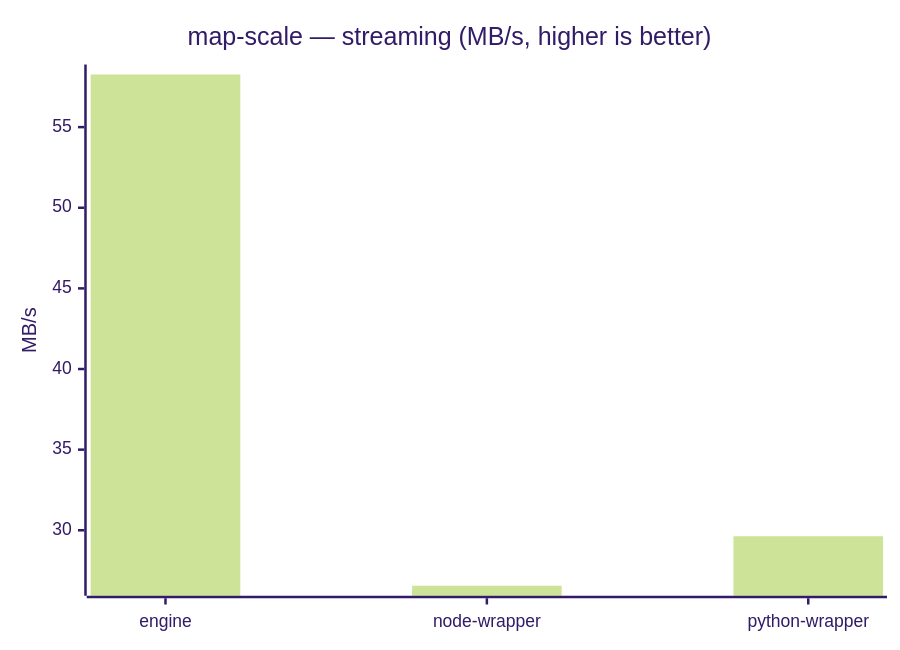
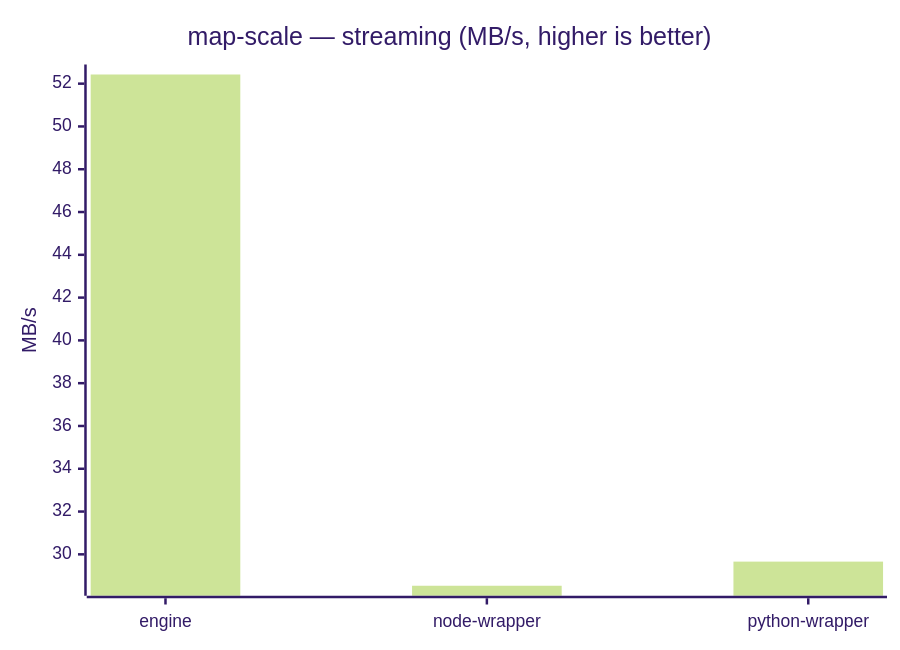
The eighth of 23 diagrams in benchmarks/report/RESULTS.md (mulesoft/data-weave-cli), drawn with Mermaid (forest theme) before and after one commit. The commit also changed other lines of this file, not shown here.

````diff
--- a/benchmarks/report/RESULTS.md
+++ b/benchmarks/report/RESULTS.md
@@ -106,7 +106,7 @@
 ```mermaid
 xychart-beta
     title "map-scale — streaming (MB/s, higher is better)"
     x-axis ["engine", "node-wrapper", "python-wrapper"]
     y-axis "MB/s"
-    bar [58.263, 26.56, 29.631]
+    bar [52.428, 28.532, 29.66]
 ```
````
